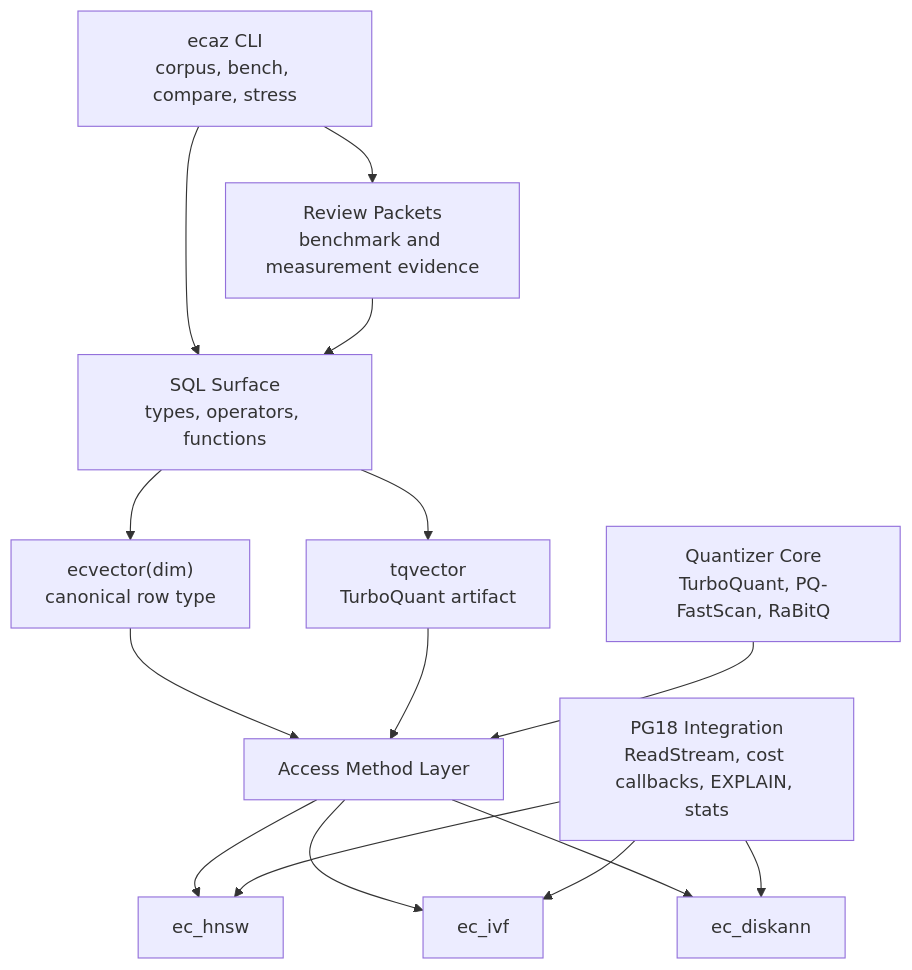
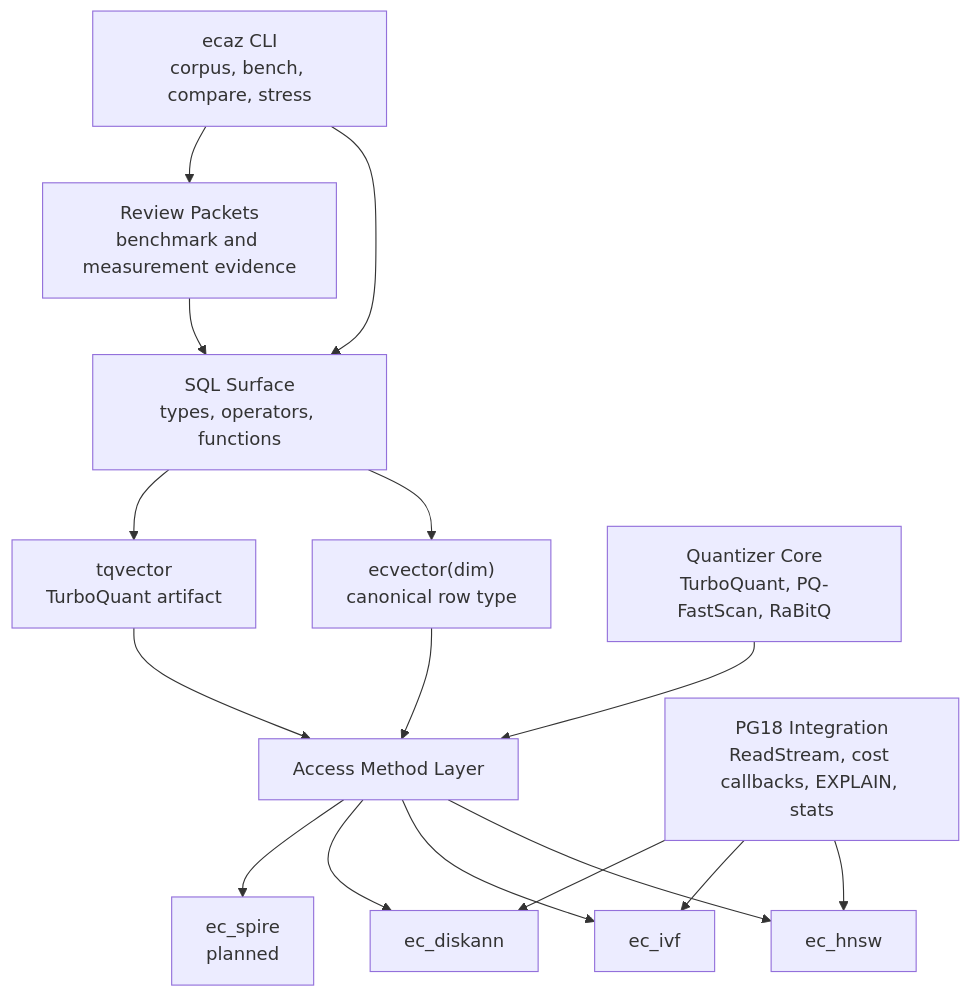
The diagram in spec/spec.md (agent-ix/ecaz), drawn with Mermaid before and after one commit. The commit also changed other lines of this file and 6 other files, not shown here.

````diff
--- a/spec/spec.md
+++ b/spec/spec.md
@@ -109,29 +124,31 @@
 ```mermaid
 graph TD
     SQL["SQL Surface<br/>types, operators, functions"]
     EC["ecvector(dim)<br/>canonical row type"]
     TQ["tqvector<br/>TurboQuant artifact"]
     Q["Quantizer Core<br/>TurboQuant, PQ-FastScan, RaBitQ"]
     AM["Access Method Layer"]
     H["ec_hnsw"]
     I["ec_ivf"]
     D["ec_diskann"]
+    S["ec_spire<br/>planned"]
     PG18["PG18 Integration<br/>ReadStream, cost callbacks, EXPLAIN, stats"]
     CLI["ecaz CLI<br/>corpus, bench, compare, stress"]
     EVID["Review Packets<br/>benchmark and measurement evidence"]
 
     SQL --> EC
     SQL --> TQ
     EC --> AM
     TQ --> AM
     Q --> AM
     AM --> H
     AM --> I
     AM --> D
+    AM --> S
     PG18 --> H
     PG18 --> I
     PG18 --> D
     CLI --> SQL
     CLI --> EVID
     EVID --> SQL
 ```
````
